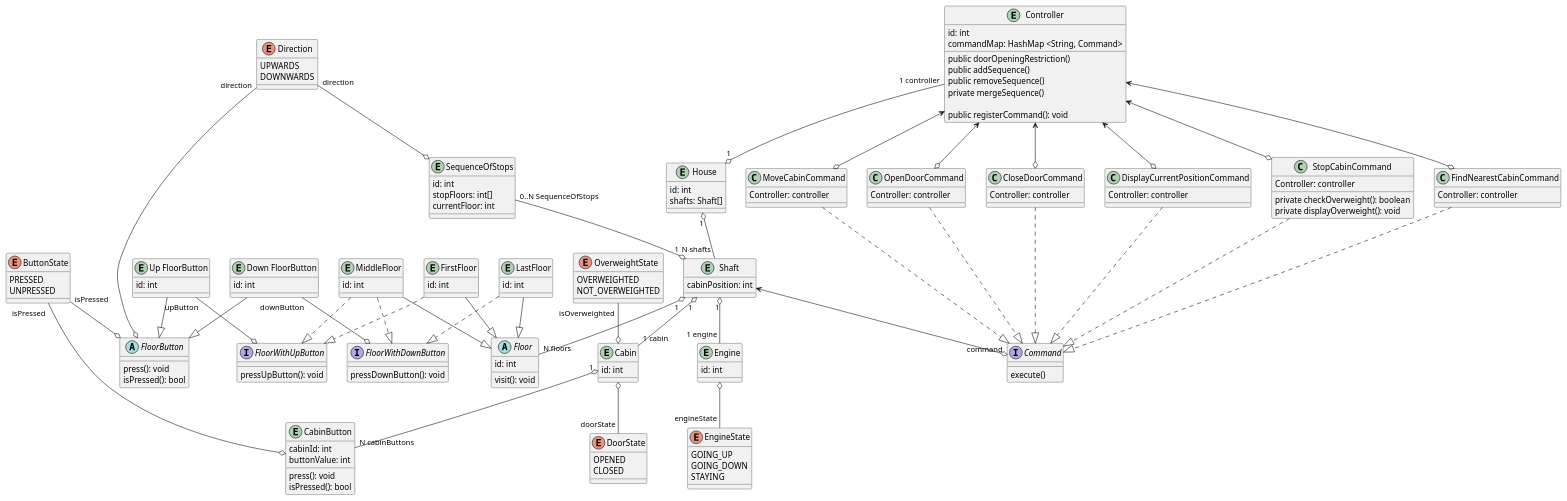
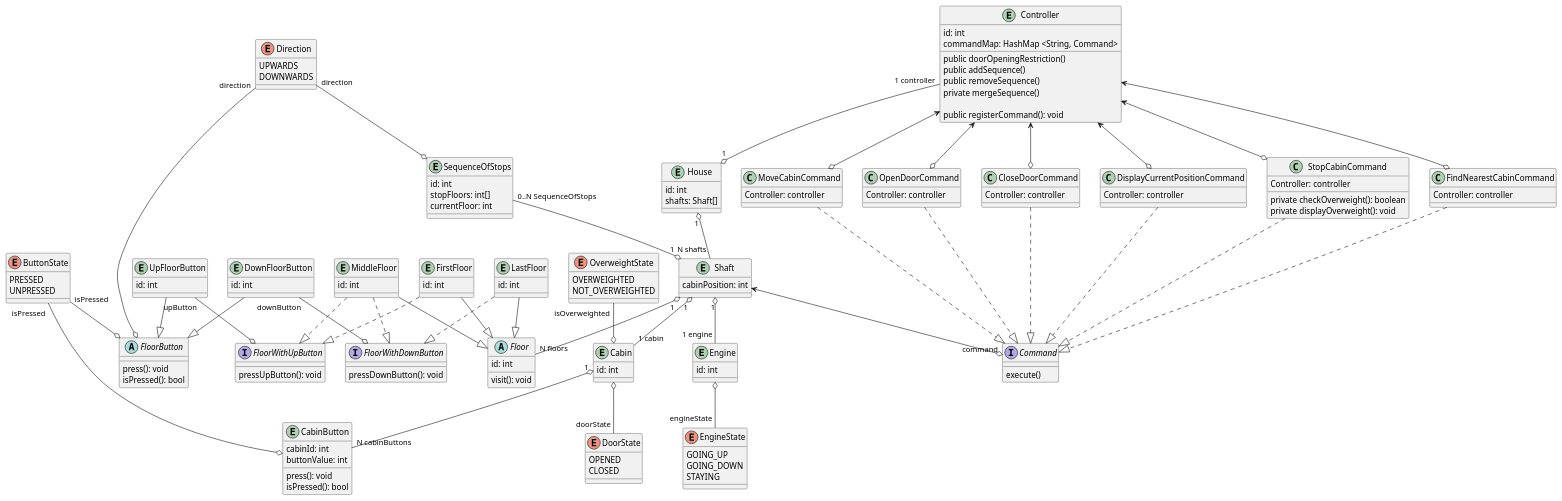
One commit to valentynliubchenko/BomElevator changed the diagram in src/documentation/classDiagram/classDiagramElevator.puml. Above: the diagram before and after it, drawn with PlantUML. The commit also changed 9 other files, not shown here.

Commit message:
Sequence diagram 06.03

```diff
--- a/src/documentation/classDiagram/classDiagramElevator.puml
+++ b/src/documentation/classDiagram/classDiagramElevator.puml
@@ -1,198 +1,198 @@
 @startuml
 entity "Controller"{
 id: int
 commandMap: HashMap <String, Command>
 
 public doorOpeningRestriction()
 public addSequence()
 public removeSequence()
 private mergeSequence()
 
 public registerCommand(): void
 
 }
 
 enum DoorState{
 OPENED
 CLOSED
 }
 
 entity Cabin{
 id: int
 }
 
 entity SequenceOfStops {
 id: int
 stopFloors: int[]
 currentFloor: int
 }
 
 Direction "direction" --o SequenceOfStops
 
 
 enum EngineState{
 GOING_UP
 GOING_DOWN
 STAYING
 }
 
 enum Direction{
 UPWARDS
 DOWNWARDS
 }
 
 enum ButtonState{
 PRESSED
 UNPRESSED
 }
 
 entity "CabinButton"{
 cabinId: int
 buttonValue: int
 
 press(): void
 isPressed(): bool
 }
 
 
 abstract "FloorButton"{
   press(): void
   isPressed(): bool
 }
 
-entity "Up FloorButton" {
+entity "UpFloorButton" {
   id: int
 }
 
-entity "Down FloorButton" {
+entity "DownFloorButton" {
  id: int
 }
 
-"Up FloorButton" --|> "FloorButton"
-"Down FloorButton" --|> "FloorButton"
+"UpFloorButton" --|> "FloorButton"
+"DownFloorButton" --|> "FloorButton"
 
 abstract Floor{
   id: int
   visit(): void
 }
 
 interface FloorWithUpButton {
   pressUpButton(): void
 }
 
-"Up FloorButton" "upButton" --o FloorWithUpButton
+"UpFloorButton" "upButton" --o FloorWithUpButton
 
 interface FloorWithDownButton {
  pressDownButton(): void
 }
 
-"Down FloorButton" "downButton" --o FloorWithDownButton
+"DownFloorButton" "downButton" --o FloorWithDownButton
 
 entity FirstFloor {
   id: int
 }
 
 FirstFloor --|> Floor
 FirstFloor ..|> FloorWithUpButton
 
 entity LastFloor {
   id: int
 }
 
 LastFloor --|> Floor
 LastFloor ..|> FloorWithDownButton
 
 entity MiddleFloor {
   id: int
 }
 
 MiddleFloor --|> Floor
 MiddleFloor ..|> FloorWithUpButton
 MiddleFloor ..|> FloorWithDownButton
 
 Direction "direction" --o "FloorButton"
 
 Cabin "1" o-- "N cabinButtons" "CabinButton"
 ButtonState "isPressed " --o "FloorButton"
 ButtonState "isPressed " --o "CabinButton"
 
 entity Engine {
   id: int
 }
 
 Engine o-- "engineState" EngineState
 
 entity Shaft {
   cabinPosition: int
 }
 
 Shaft "1" o-- "1 engine" Engine
 
 entity House {
   id: int
   shafts: Shaft[]
 }
 
 Shaft "1" o-- "N floors" Floor
 House "1" o-- "N shafts" Shaft
 
 Controller "1 controller" --o "1" House
 Shaft "1" o-- "1 cabin" Cabin
 
 Cabin o-- "doorState" DoorState
 
 SequenceOfStops "0..N SequenceOfStops" --o "1" Shaft
 
 interface Command {
     execute()
 }
 
 class MoveCabinCommand {
     Controller: controller
 }
 class OpenDoorCommand {
     Controller: controller
 }
 class CloseDoorCommand {
     Controller: controller
 }
 class DisplayCurrentPositionCommand{
     Controller: controller
 }
 class StopCabinCommand {
     Controller: controller
 
     private checkOverweight(): boolean
     private displayOverweight(): void
 }
 
 class FindNearestCabinCommand {
     Controller: controller
 }
 
 enum OverweightState {
     OVERWEIGHTED
     NOT_OVERWEIGHTED
 }
 
 OverweightState "isOverweighted" --o Cabin
 
 MoveCabinCommand  ..|> Command
 OpenDoorCommand  ..|> Command
 CloseDoorCommand  ..|> Command
 DisplayCurrentPositionCommand  ..|> Command
 StopCabinCommand  ..|> Command
 FindNearestCabinCommand  ..|> Command
 
 Controller <--o MoveCabinCommand
 Controller <--o OpenDoorCommand
 Controller <--o CloseDoorCommand
 Controller <--o DisplayCurrentPositionCommand
 Controller <--o FindNearestCabinCommand
 Controller <--o StopCabinCommand
 
 Shaft <--o "command" Command
 
 
 
 @enduml
```
